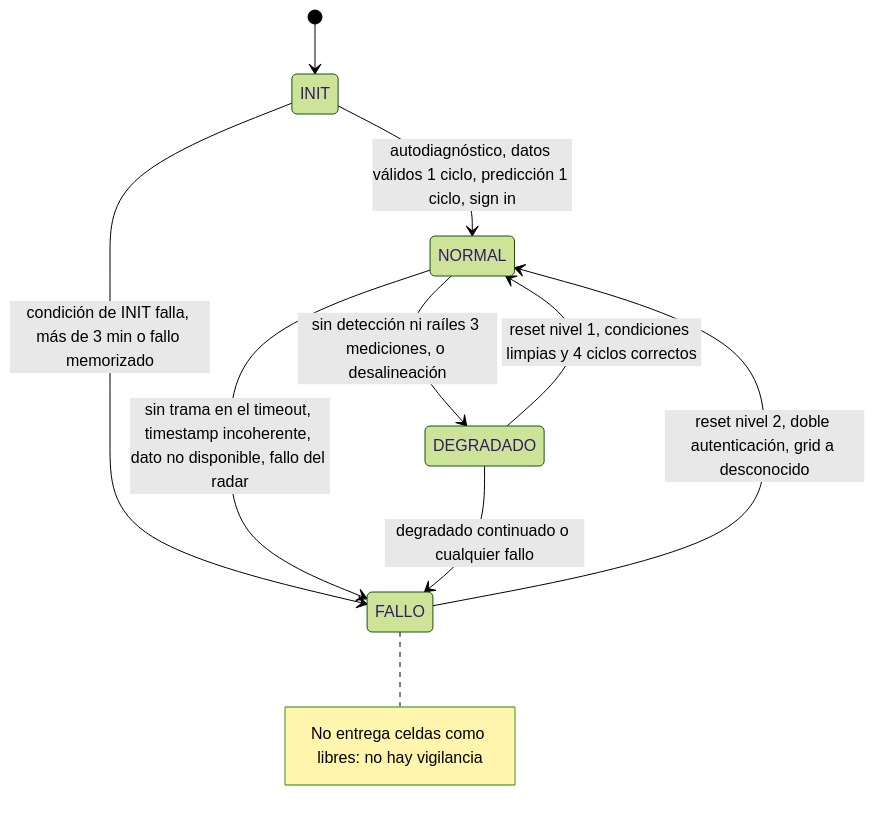
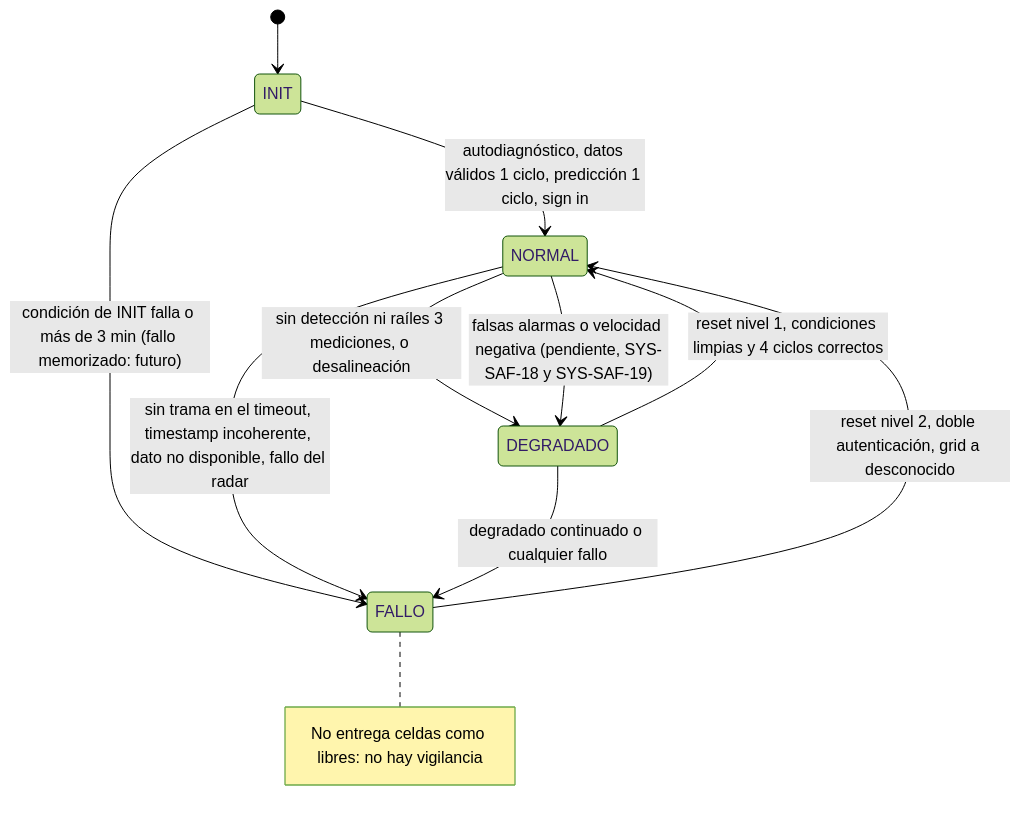
Before and after one commit to buzondealiciagarcia-cmyk/prueba-tecnica-saf: the diagram in docs/02-diseno/diagramas/estados.mmd, drawn with Mermaid (forest theme). The commit also changed 3 other files, not shown here.

```diff
--- a/docs/02-diseno/diagramas/estados.mmd
+++ b/docs/02-diseno/diagramas/estados.mmd
@@ -1,12 +1,13 @@
 stateDiagram-v2
   [*] --> INIT
   INIT --> NORMAL: autodiagnóstico, datos válidos 1 ciclo, predicción 1 ciclo, sign in
-  INIT --> FALLO: condición de INIT falla, más de 3 min o fallo memorizado
+  INIT --> FALLO: condición de INIT falla o más de 3 min (fallo memorizado: futuro)
   NORMAL --> DEGRADADO: sin detección ni raíles 3 mediciones, o desalineación
   NORMAL --> FALLO: sin trama en el timeout, timestamp incoherente, dato no disponible, fallo del radar
+  NORMAL --> DEGRADADO: falsas alarmas o velocidad negativa (pendiente, SYS-SAF-18 y SYS-SAF-19)
   DEGRADADO --> NORMAL: reset nivel 1, condiciones limpias y 4 ciclos correctos
   DEGRADADO --> FALLO: degradado continuado o cualquier fallo
   FALLO --> NORMAL: reset nivel 2, doble autenticación, grid a desconocido
   note right of FALLO
     No entrega celdas como libres: no hay vigilancia
   end note
```
